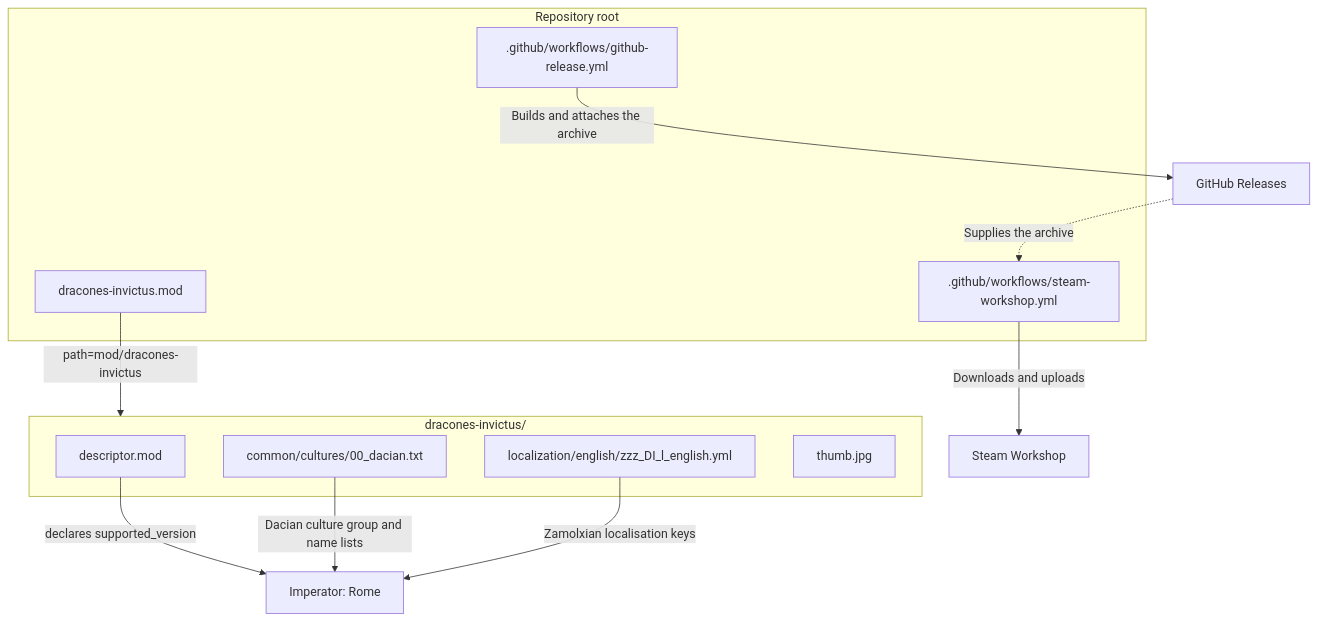
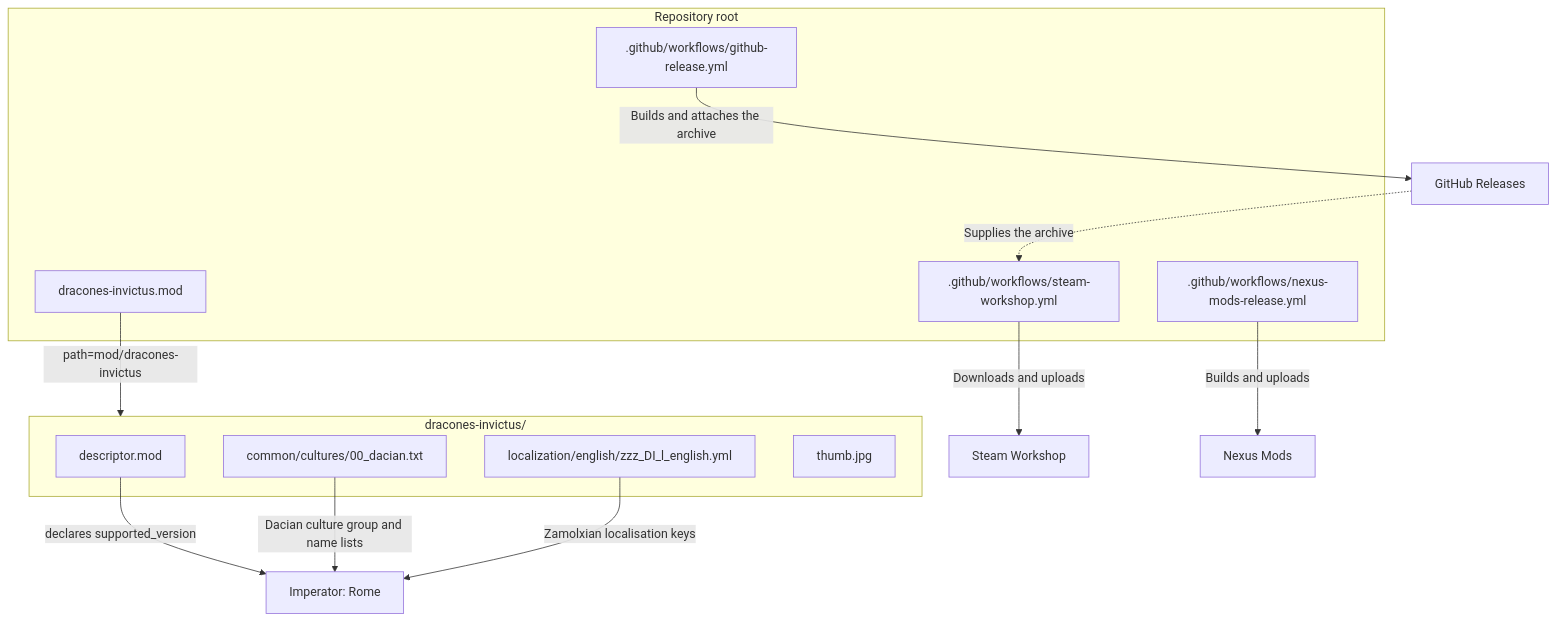
The second of 5 diagrams in ARCHITECTURE.md (hmlendea/imperator-dracones-invictus), drawn with Mermaid before and after one commit. The commit also changed other lines of this file and 24 other files, not shown here.

Commit message:
ci: Created the Nexus Mods Release workflow

````diff
--- a/ARCHITECTURE.md
+++ b/ARCHITECTURE.md
@@ -75,21 +75,23 @@
 ```mermaid
 flowchart TB
     subgraph Mod[dracones-invictus/]
         Descriptors[descriptor.mod]
         Cultures[common/cultures/00_dacian.txt]
         Loc[localization/english/zzz_DI_l_english.yml]
         Thumb[thumb.jpg]
     end
     subgraph Repo[Repository root]
         RootMod[dracones-invictus.mod]
         ReleaseWorkflow[.github/workflows/github-release.yml]
-        Workflow[.github/workflows/steam-workshop.yml]
+        WorkshopWorkflow[.github/workflows/steam-workshop.yml]
+        NexusWorkflow[.github/workflows/nexus-mods-release.yml]
     end
     RootMod -->|path=mod/dracones-invictus| Mod
     Descriptors -->|declares supported_version| Game[Imperator: Rome]
     Cultures -->|Dacian culture group and name lists| Game
     Loc -->|Zamolxian localisation keys| Game
     ReleaseWorkflow -->|Builds and attaches the archive| Releases[GitHub Releases]
-    Workflow -->|Downloads and uploads| Workshop[Steam Workshop]
-    Releases -.->|Supplies the archive| Workflow
+    WorkshopWorkflow -->|Downloads and uploads| Workshop[Steam Workshop]
+    NexusWorkflow -->|Builds and uploads| Nexus[Nexus Mods]
+    Releases -.->|Supplies the archive| WorkshopWorkflow
 ```
````
